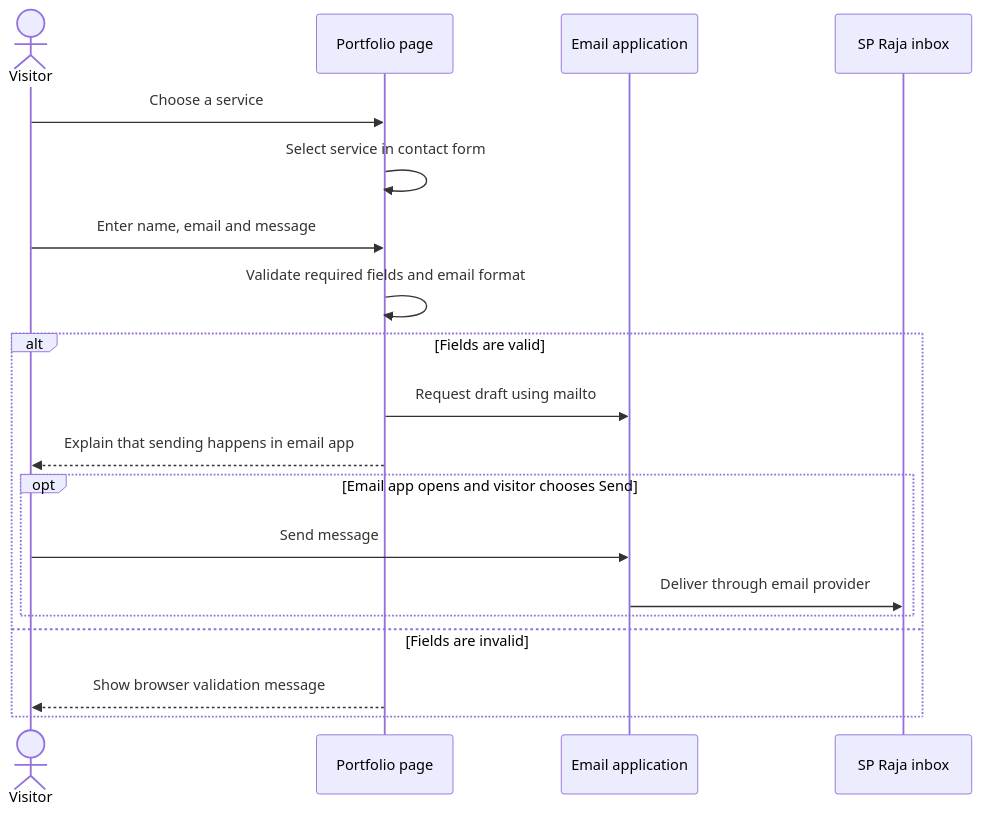
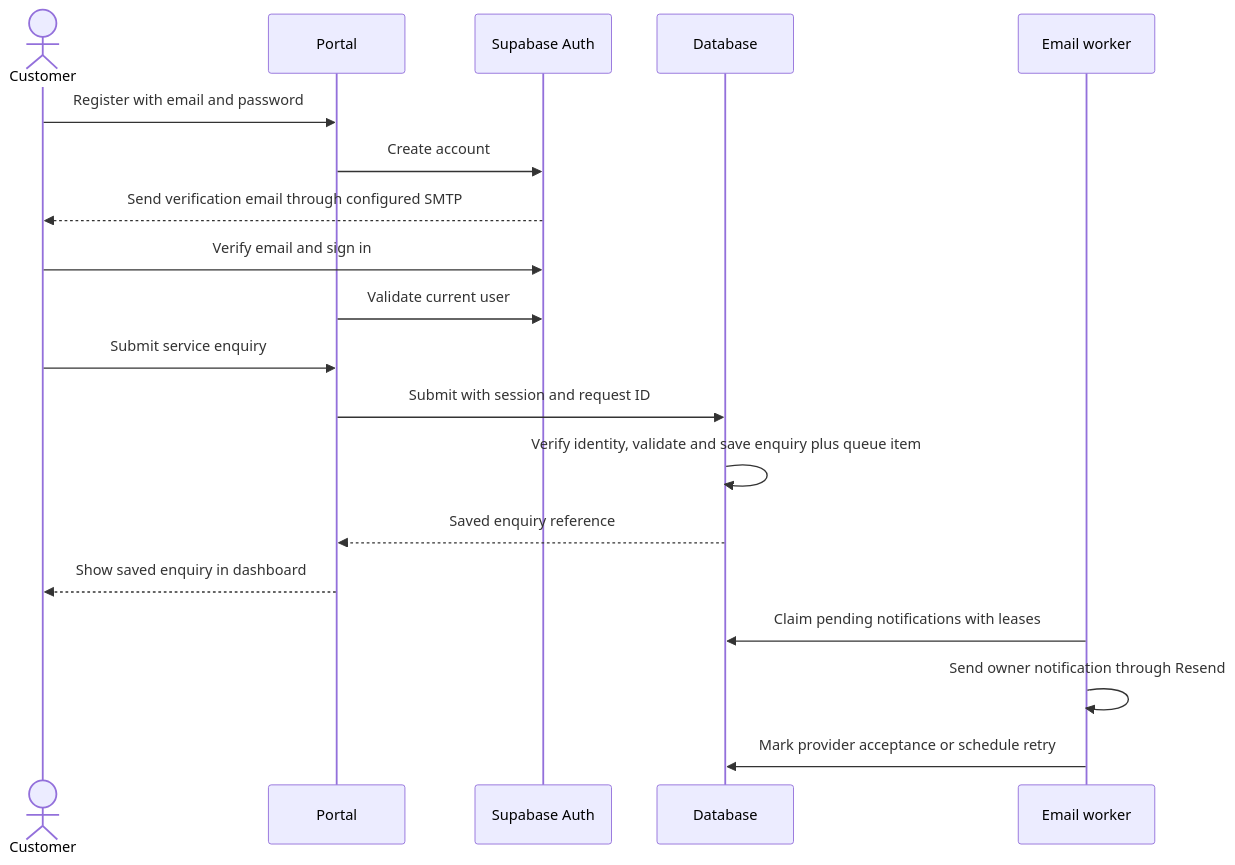
One commit to Rajakokila-P/index.html changed the second of 3 diagrams in ARCHITECTURE.md. Above: the diagram before and after it, drawn with Mermaid. The commit also changed other lines of this file and 23 other files, not shown here.

Commit message:
Add customer portal, secured enquiry database, email queue and tested Pages deployment

````diff
--- a/ARCHITECTURE.md
+++ b/ARCHITECTURE.md
@@ -71,21 +42,21 @@
 ```mermaid
 sequenceDiagram
-    actor Visitor
-    participant Page as Portfolio page
-    participant Mail as Email application
-    participant Inbox as SP Raja inbox
-    Visitor->>Page: Choose a service
-    Page->>Page: Select service in contact form
-    Visitor->>Page: Enter name, email and message
-    Page->>Page: Validate required fields and email format
-    alt Fields are valid
-        Page->>Mail: Request draft using mailto
-        Page-->>Visitor: Explain that sending happens in email app
-        opt Email app opens and visitor chooses Send
-            Visitor->>Mail: Send message
-            Mail->>Inbox: Deliver through email provider
-        end
-    else Fields are invalid
-        Page-->>Visitor: Show browser validation message
-    end
+    actor Customer
+    participant Portal
+    participant Auth as Supabase Auth
+    participant DB as Database
+    participant Worker as Email worker
+    Customer->>Portal: Register with email and password
+    Portal->>Auth: Create account
+    Auth-->>Customer: Send verification email through configured SMTP
+    Customer->>Auth: Verify email and sign in
+    Portal->>Auth: Validate current user
+    Customer->>Portal: Submit service enquiry
+    Portal->>DB: Submit with session and request ID
+    DB->>DB: Verify identity, validate and save enquiry plus queue item
+    DB-->>Portal: Saved enquiry reference
+    Portal-->>Customer: Show saved enquiry in dashboard
+    Worker->>DB: Claim pending notifications with leases
+    Worker->>Worker: Send owner notification through Resend
+    Worker->>DB: Mark provider acceptance or schedule retry
 ```
````
